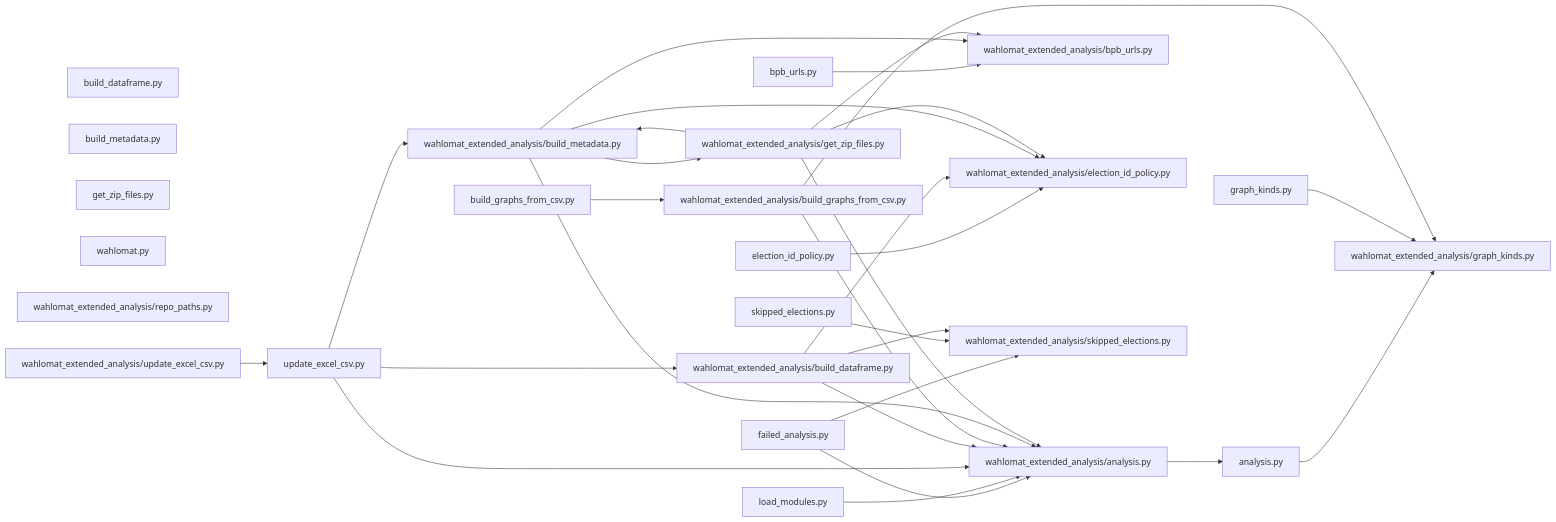
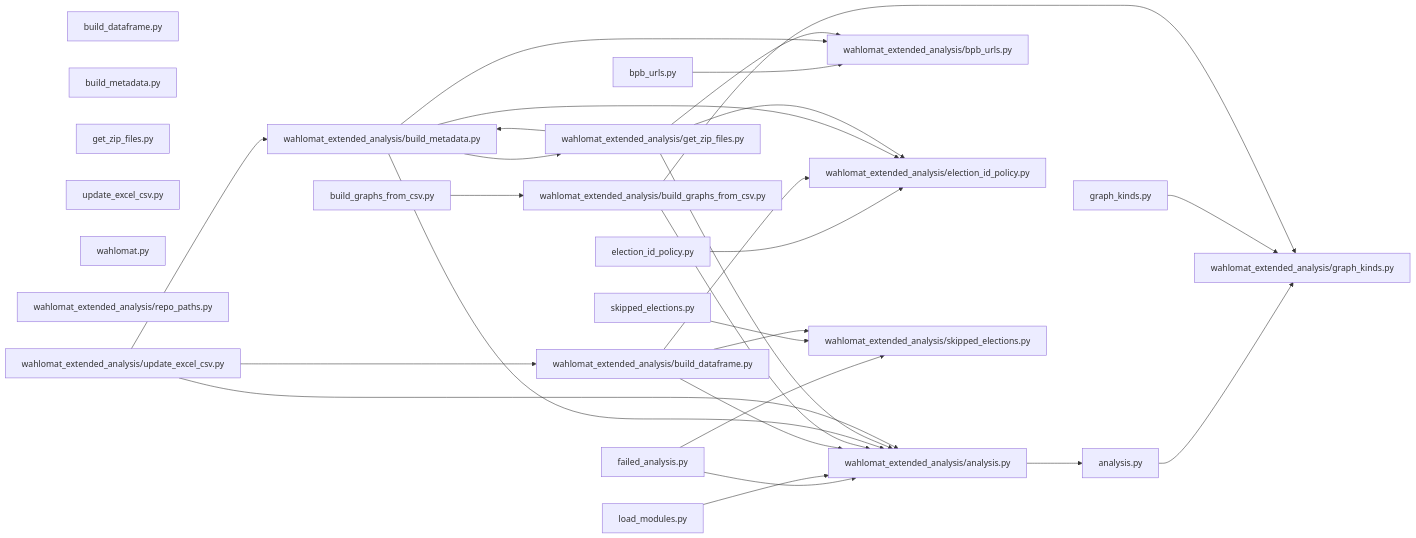
Before and after one commit to skbormann/wahlomat-extended-analysis: the second of 2 diagrams in docs/ARCHITECTURE.md, drawn with Mermaid. The commit also changed 2 other files, not shown here.

Commit message:
Move update_excel_csv into package.
Preserve legacy update_excel_csv import and CLI behavior by aliasing the root module path to the package implementation, and update the generated architecture graph.

Made-with: Cursor

````diff
--- a/docs/ARCHITECTURE.md
+++ b/docs/ARCHITECTURE.md
@@ -57,54 +57,53 @@
 ```mermaid
 flowchart LR
   m_analysis["analysis.py"]
   m_bpb_urls["bpb_urls.py"]
   m_build_dataframe["build_dataframe.py"]
   m_build_graphs_from_csv["build_graphs_from_csv.py"]
   m_build_metadata["build_metadata.py"]
   m_election_id_policy["election_id_policy.py"]
   m_failed_analysis["failed_analysis.py"]
   m_get_zip_files["get_zip_files.py"]
   m_graph_kinds["graph_kinds.py"]
   m_load_modules["load_modules.py"]
   m_skipped_elections["skipped_elections.py"]
   m_update_excel_csv["update_excel_csv.py"]
   m_wahlomat["wahlomat.py"]
   m_wahlomat_extended_analysis_analysis["wahlomat_extended_analysis/analysis.py"]
   m_wahlomat_extended_analysis_bpb_urls["wahlomat_extended_analysis/bpb_urls.py"]
   m_wahlomat_extended_analysis_build_dataframe["wahlomat_extended_analysis/build_dataframe.py"]
   m_wahlomat_extended_analysis_build_graphs_from_csv["wahlomat_extended_analysis/build_graphs_from_csv.py"]
   m_wahlomat_extended_analysis_build_metadata["wahlomat_extended_analysis/build_metadata.py"]
   m_wahlomat_extended_analysis_election_id_policy["wahlomat_extended_analysis/election_id_policy.py"]
   m_wahlomat_extended_analysis_get_zip_files["wahlomat_extended_analysis/get_zip_files.py"]
   m_wahlomat_extended_analysis_graph_kinds["wahlomat_extended_analysis/graph_kinds.py"]
   m_wahlomat_extended_analysis_repo_paths["wahlomat_extended_analysis/repo_paths.py"]
   m_wahlomat_extended_analysis_skipped_elections["wahlomat_extended_analysis/skipped_elections.py"]
   m_wahlomat_extended_analysis_update_excel_csv["wahlomat_extended_analysis/update_excel_csv.py"]
   m_analysis --> m_wahlomat_extended_analysis_graph_kinds
   m_bpb_urls --> m_wahlomat_extended_analysis_bpb_urls
   m_build_graphs_from_csv --> m_wahlomat_extended_analysis_build_graphs_from_csv
   m_election_id_policy --> m_wahlomat_extended_analysis_election_id_policy
   m_failed_analysis --> m_wahlomat_extended_analysis_analysis
   m_failed_analysis --> m_wahlomat_extended_analysis_skipped_elections
   m_graph_kinds --> m_wahlomat_extended_analysis_graph_kinds
   m_load_modules --> m_wahlomat_extended_analysis_analysis
   m_skipped_elections --> m_wahlomat_extended_analysis_skipped_elections
-  m_update_excel_csv --> m_wahlomat_extended_analysis_analysis
-  m_update_excel_csv --> m_wahlomat_extended_analysis_build_dataframe
-  m_update_excel_csv --> m_wahlomat_extended_analysis_build_metadata
   m_wahlomat_extended_analysis_analysis --> m_analysis
   m_wahlomat_extended_analysis_build_dataframe --> m_wahlomat_extended_analysis_analysis
   m_wahlomat_extended_analysis_build_dataframe --> m_wahlomat_extended_analysis_election_id_policy
   m_wahlomat_extended_analysis_build_dataframe --> m_wahlomat_extended_analysis_skipped_elections
   m_wahlomat_extended_analysis_build_graphs_from_csv --> m_wahlomat_extended_analysis_analysis
   m_wahlomat_extended_analysis_build_graphs_from_csv --> m_wahlomat_extended_analysis_graph_kinds
   m_wahlomat_extended_analysis_build_metadata --> m_wahlomat_extended_analysis_analysis
   m_wahlomat_extended_analysis_build_metadata --> m_wahlomat_extended_analysis_bpb_urls
   m_wahlomat_extended_analysis_build_metadata --> m_wahlomat_extended_analysis_election_id_policy
   m_wahlomat_extended_analysis_build_metadata --> m_wahlomat_extended_analysis_get_zip_files
   m_wahlomat_extended_analysis_get_zip_files --> m_wahlomat_extended_analysis_analysis
   m_wahlomat_extended_analysis_get_zip_files --> m_wahlomat_extended_analysis_bpb_urls
   m_wahlomat_extended_analysis_get_zip_files --> m_wahlomat_extended_analysis_build_metadata
   m_wahlomat_extended_analysis_get_zip_files --> m_wahlomat_extended_analysis_election_id_policy
-  m_wahlomat_extended_analysis_update_excel_csv --> m_update_excel_csv
+  m_wahlomat_extended_analysis_update_excel_csv --> m_wahlomat_extended_analysis_analysis
+  m_wahlomat_extended_analysis_update_excel_csv --> m_wahlomat_extended_analysis_build_dataframe
+  m_wahlomat_extended_analysis_update_excel_csv --> m_wahlomat_extended_analysis_build_metadata
 ```
````
